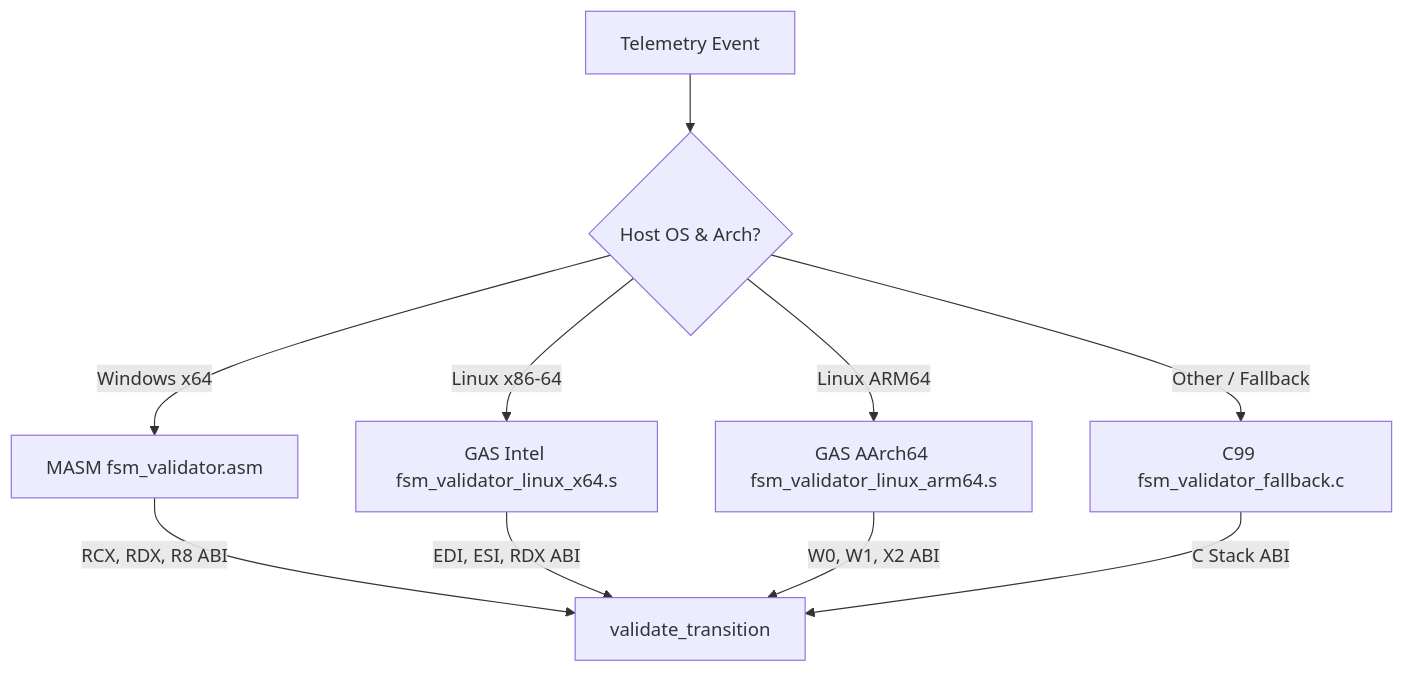
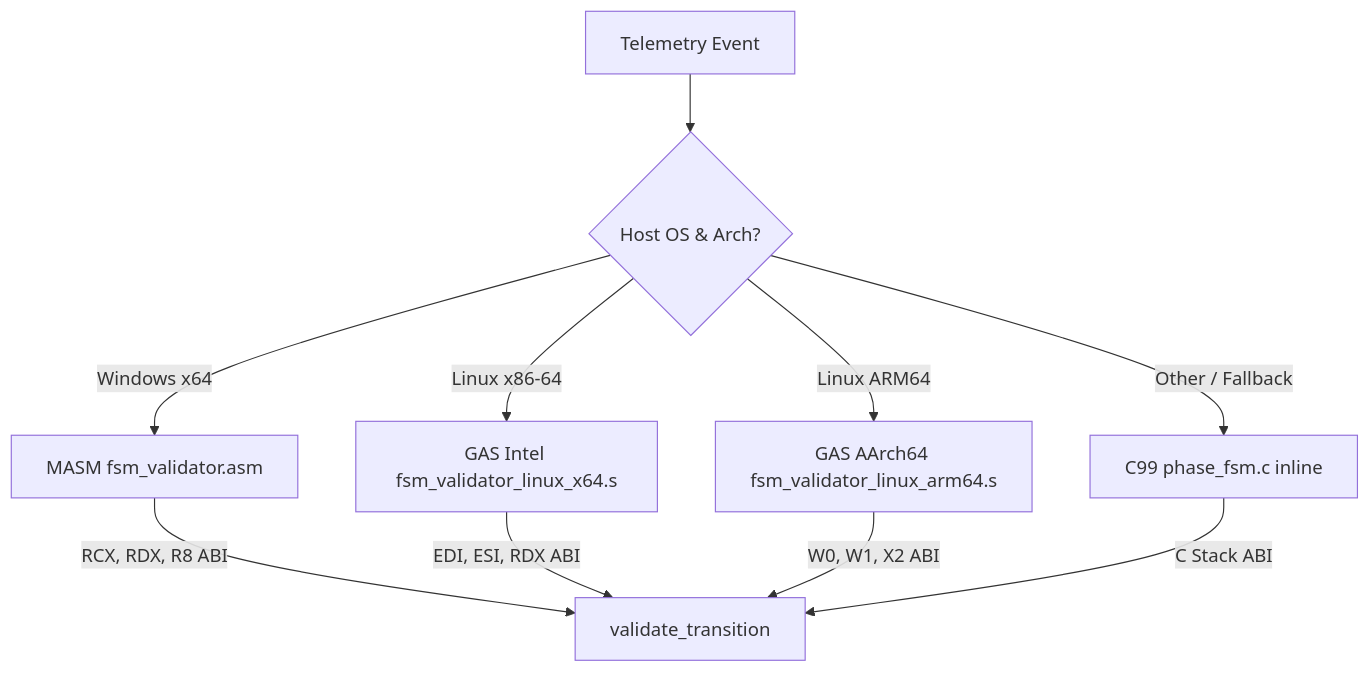
Before and after one commit to Zeo120/ZTL-Tech: the diagram in docs/phasr/Phase-1.md, drawn with Mermaid. The commit also changed other lines of this file and 7 other files, not shown here.

Commit message:
refactor: enforce pure assembly by removing external fallback files in Phase-1 and Lucifers-Blessing

````diff
--- a/docs/phasr/Phase-1.md
+++ b/docs/phasr/Phase-1.md
@@ -36,13 +36,13 @@
 ```mermaid
 graph TD
     A[Telemetry Event] --> B{Host OS & Arch?}
     B -->|Windows x64| C[MASM fsm_validator.asm]
     B -->|Linux x86-64| D[GAS Intel fsm_validator_linux_x64.s]
     B -->|Linux ARM64| E[GAS AArch64 fsm_validator_linux_arm64.s]
-    B -->|Other / Fallback| F[C99 fsm_validator_fallback.c]
+    B -->|Other / Fallback| F[C99 phase_fsm.c inline]
     
     C -->|RCX, RDX, R8 ABI| G[validate_transition]
     D -->|EDI, ESI, RDX ABI| G
     E -->|W0, W1, X2 ABI| G
     F -->|C Stack ABI| G
 ```
````
